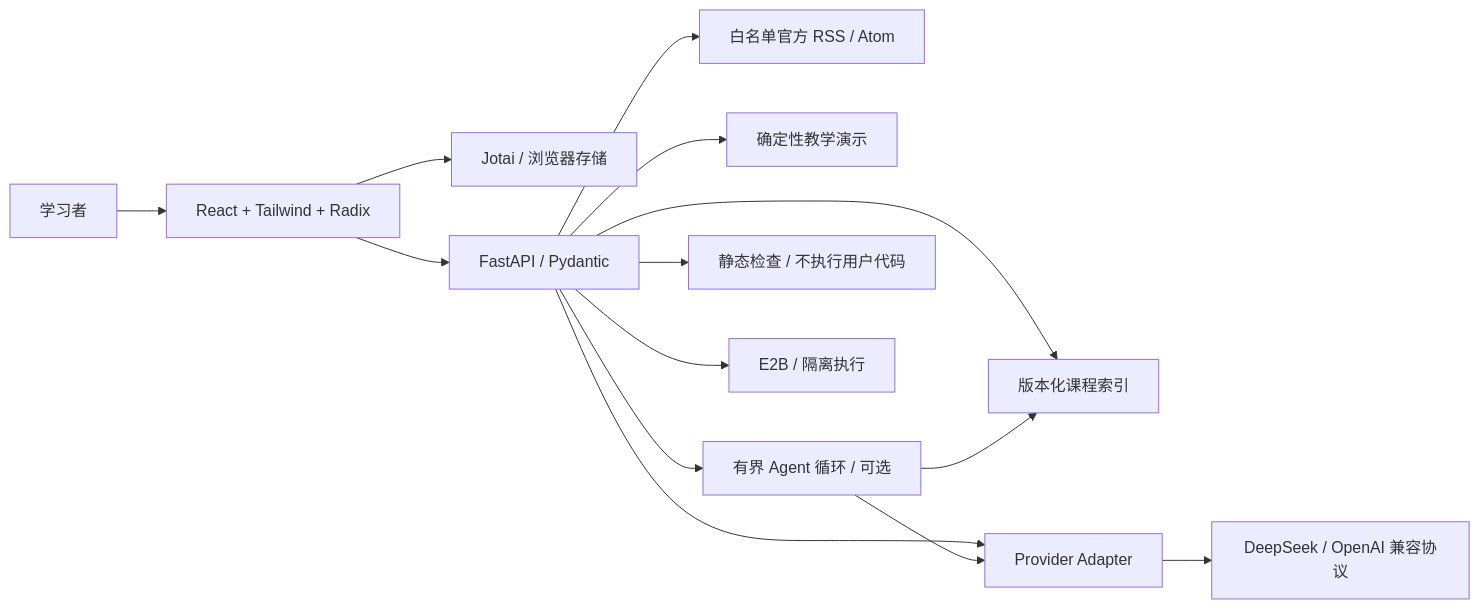
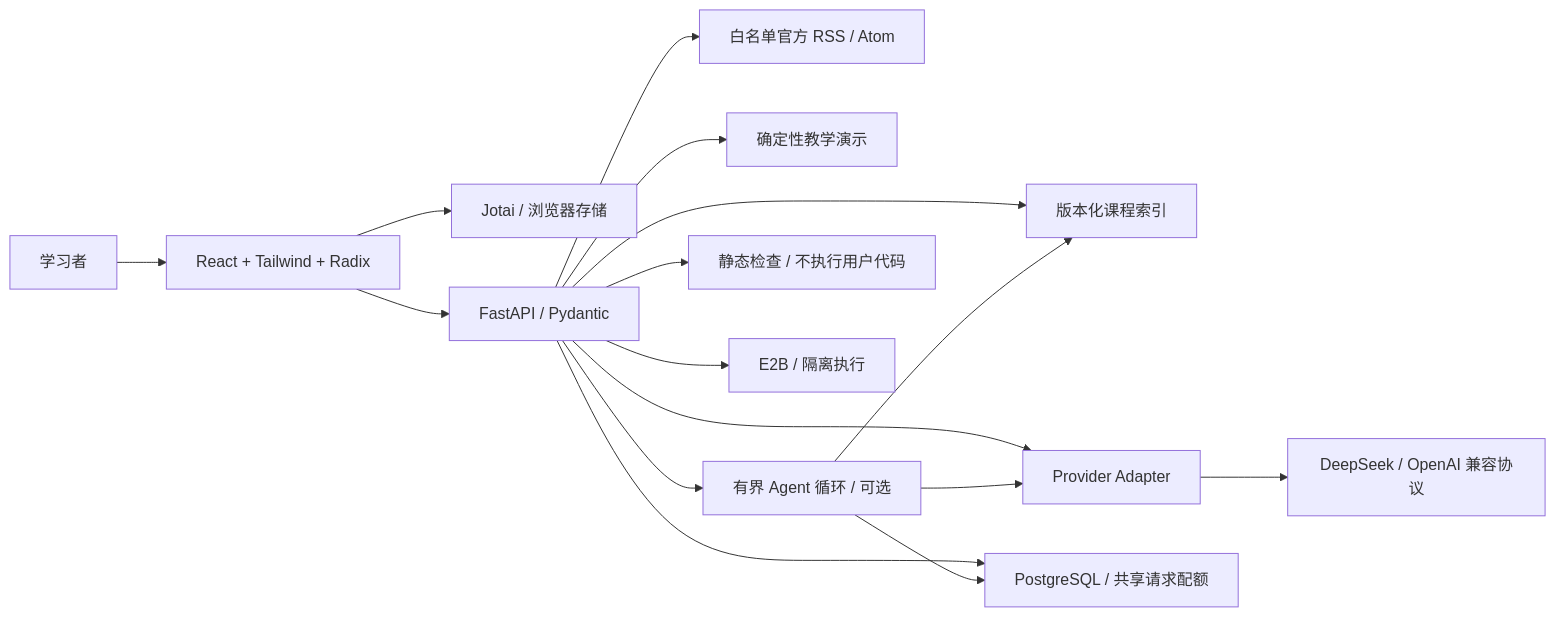
One commit to frontend-is-magic/deep-ai-station changed the diagram in docs/architecture.md. Above: the diagram before and after it, drawn with Mermaid. The commit also changed other lines of this file and 22 other files, not shown here.

Commit message:
feat: 用 PostgreSQL 统一模型与沙箱请求配额

````diff
--- a/docs/architecture.md
+++ b/docs/architecture.md
@@ -5,16 +5,18 @@
 ```mermaid
 flowchart LR
   U[学习者] --> R[React + Tailwind + Radix]
   R --> J[Jotai / 浏览器存储]
   R --> API[FastAPI / Pydantic]
   API --> C[版本化课程索引]
   API --> F[白名单官方 RSS / Atom]
   API --> D[确定性教学演示]
   API --> P[Provider Adapter]
   API --> A[有界 Agent 循环 / 可选]
   A --> P
   A --> C
   P --> M[DeepSeek / OpenAI 兼容协议]
   API --> S[静态检查 / 不执行用户代码]
+  API --> Q[PostgreSQL / 共享请求配额]
+  A --> Q
   API --> E[E2B / 隔离执行]
 ```
````
